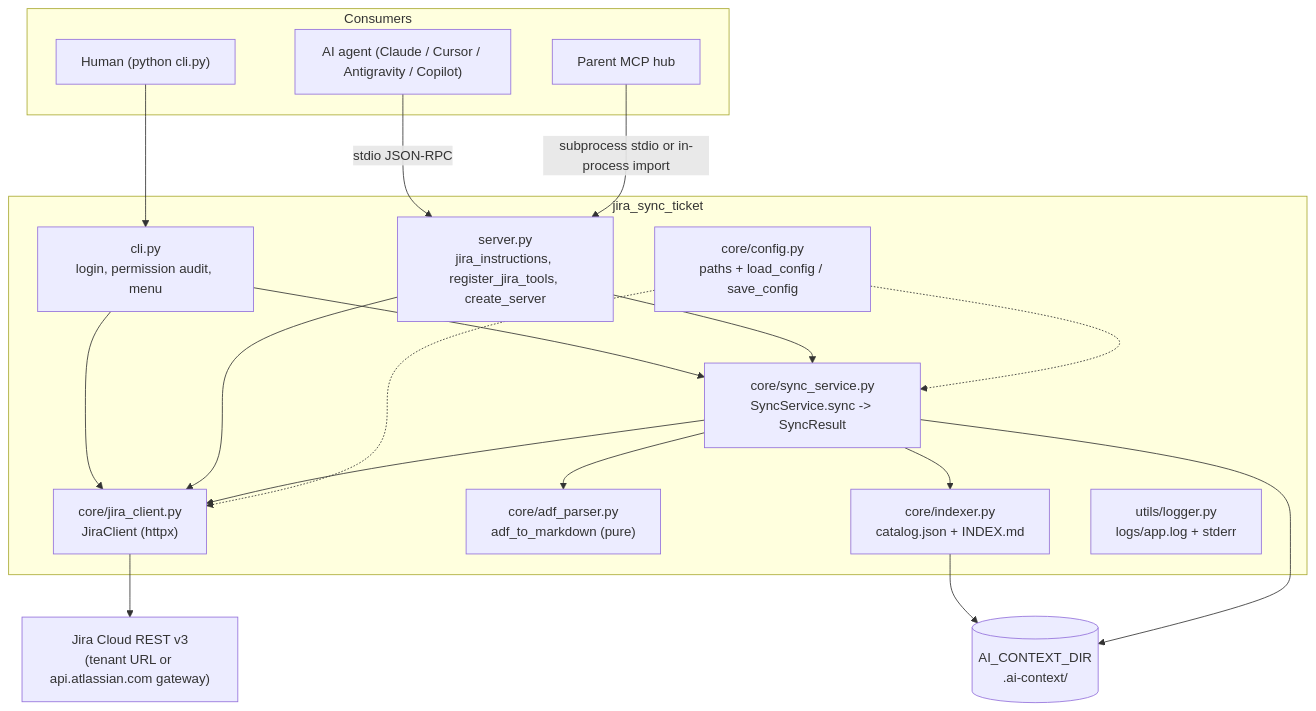
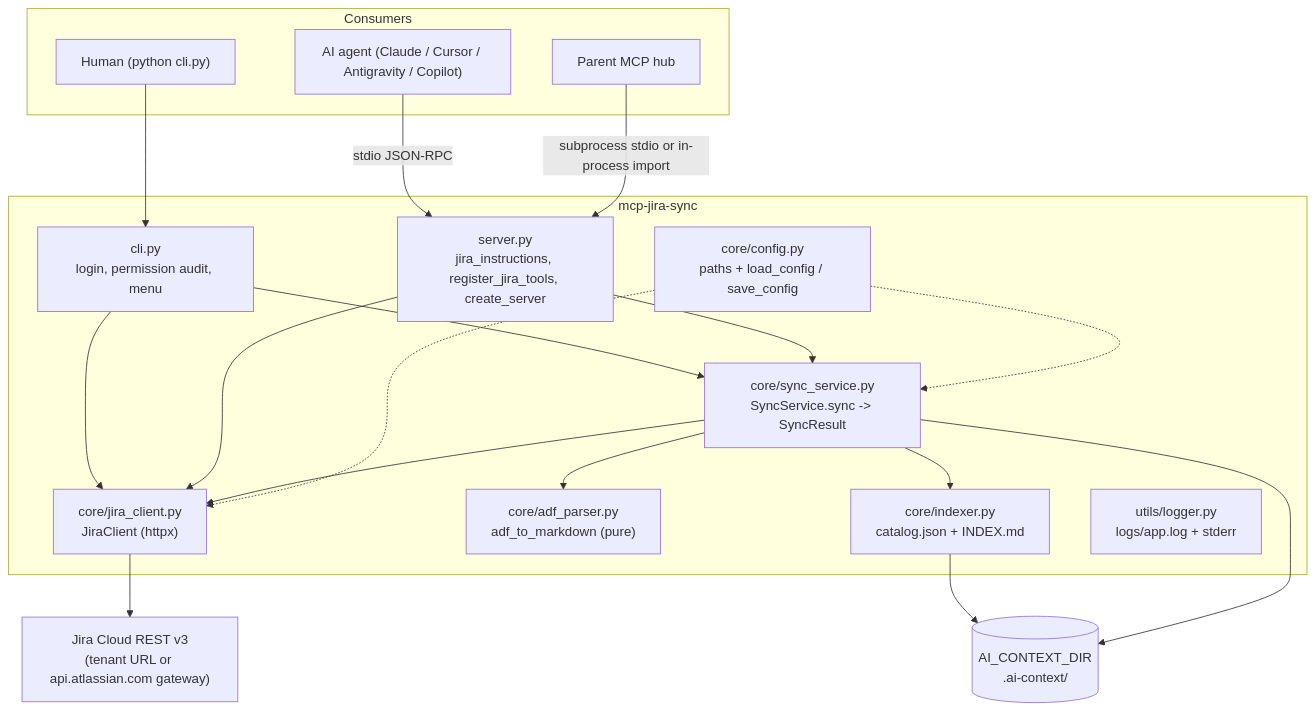
The first of 2 diagrams in docs/ARCHITECTURE.md (Ninh-Duong/mcp-jira-sync), drawn with Mermaid before and after one commit. The commit also changed 12 other files, not shown here.

First line of the commit message:
refactor: rename project to mcp-jira-sync; honour PYTHON_DOTENV_DISABLED

````diff
--- a/docs/ARCHITECTURE.md
+++ b/docs/ARCHITECTURE.md
@@ -5,36 +5,36 @@
 ```mermaid
 flowchart TD
     subgraph Consumers
         Human["Human (python cli.py)"]
         Agent["AI agent (Claude / Cursor / Antigravity / Copilot)"]
         Hub["Parent MCP hub"]
     end
 
-    subgraph App["jira_sync_ticket"]
+    subgraph App["mcp-jira-sync"]
         CLI["cli.py\nlogin, permission audit, menu"]
         Server["server.py\njira_instructions, register_jira_tools, create_server"]
         Sync["core/sync_service.py\nSyncService.sync -> SyncResult"]
         Client["core/jira_client.py\nJiraClient (httpx)"]
         ADF["core/adf_parser.py\nadf_to_markdown (pure)"]
         Index["core/indexer.py\ncatalog.json + INDEX.md"]
         Config["core/config.py\npaths + load_config / save_config"]
         Log["utils/logger.py\nlogs/app.log + stderr"]
     end
 
     Jira["Jira Cloud REST v3\n(tenant URL or api.atlassian.com gateway)"]
     Ctx[("AI_CONTEXT_DIR\n.ai-context/")]
 
     Human --> CLI
     Agent -->|stdio JSON-RPC| Server
     Hub -->|subprocess stdio or in-process import| Server
     CLI --> Sync
     Server --> Sync
     CLI --> Client
     Server --> Client
     Sync --> Client --> Jira
     Sync --> ADF
     Sync --> Index --> Ctx
     Sync --> Ctx
     Config -.-> Sync
     Config -.-> Client
 ```
````
